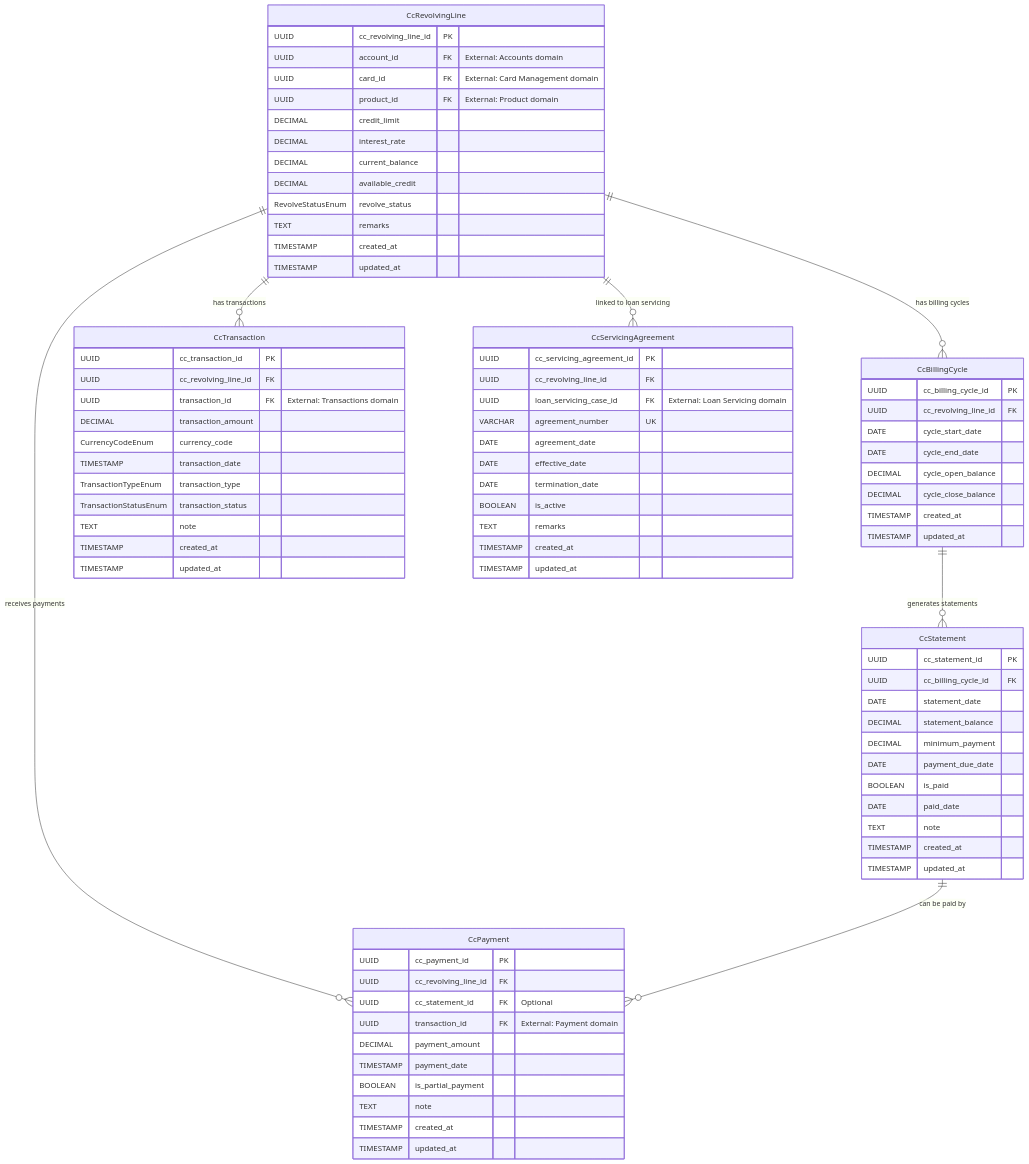
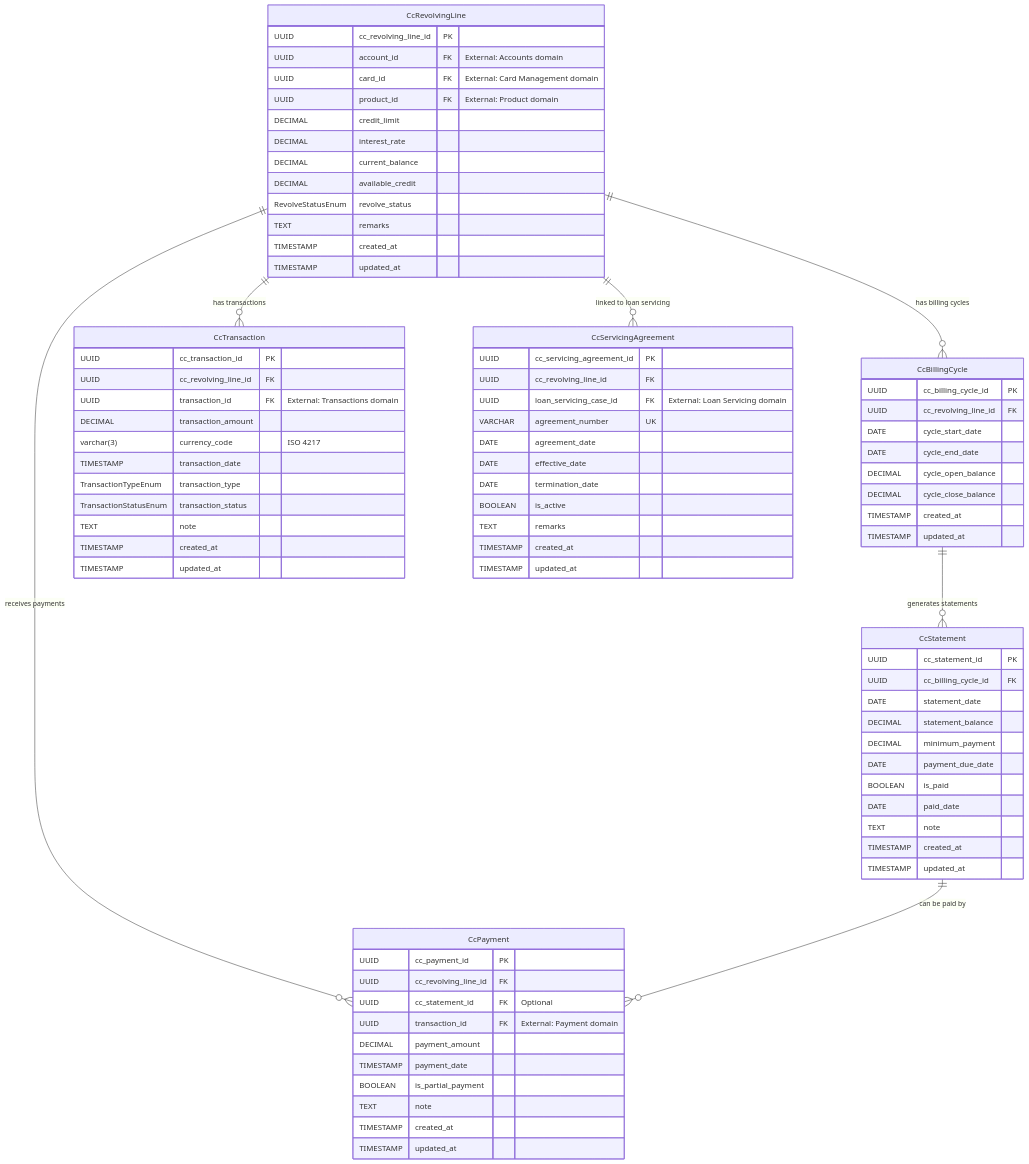
The diagram in README.md (firefly-oss/core-lending-credit-cards), drawn with Mermaid before and after one commit. The commit also changed other lines of this file, not shown here.

Commit message:
Document that a card transaction accepts any ISO currency code.

```diff
--- a/README.md
+++ b/README.md
@@ -147,7 +147,7 @@
         UUID cc_revolving_line_id FK
         UUID transaction_id FK "External: Transactions domain"
         DECIMAL transaction_amount
-        CurrencyCodeEnum currency_code
+        varchar(3) currency_code "ISO 4217"
         TIMESTAMP transaction_date
         TransactionTypeEnum transaction_type
         TransactionStatusEnum transaction_status
```
